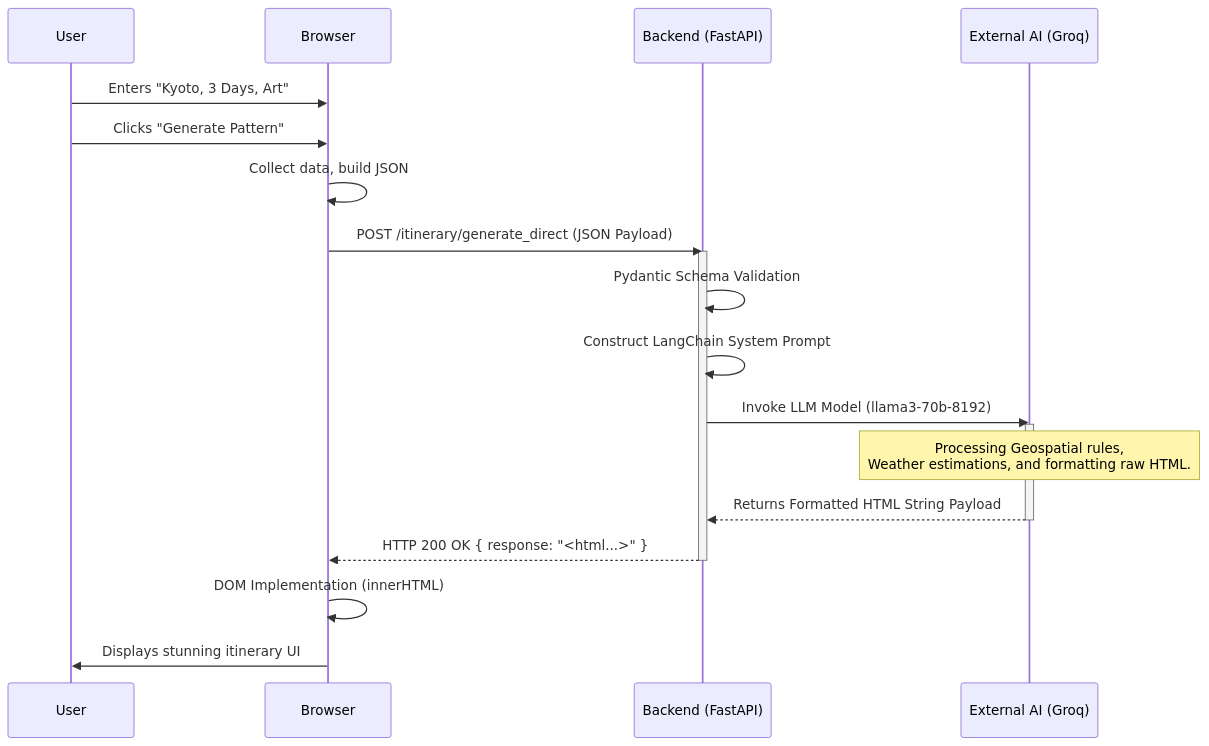
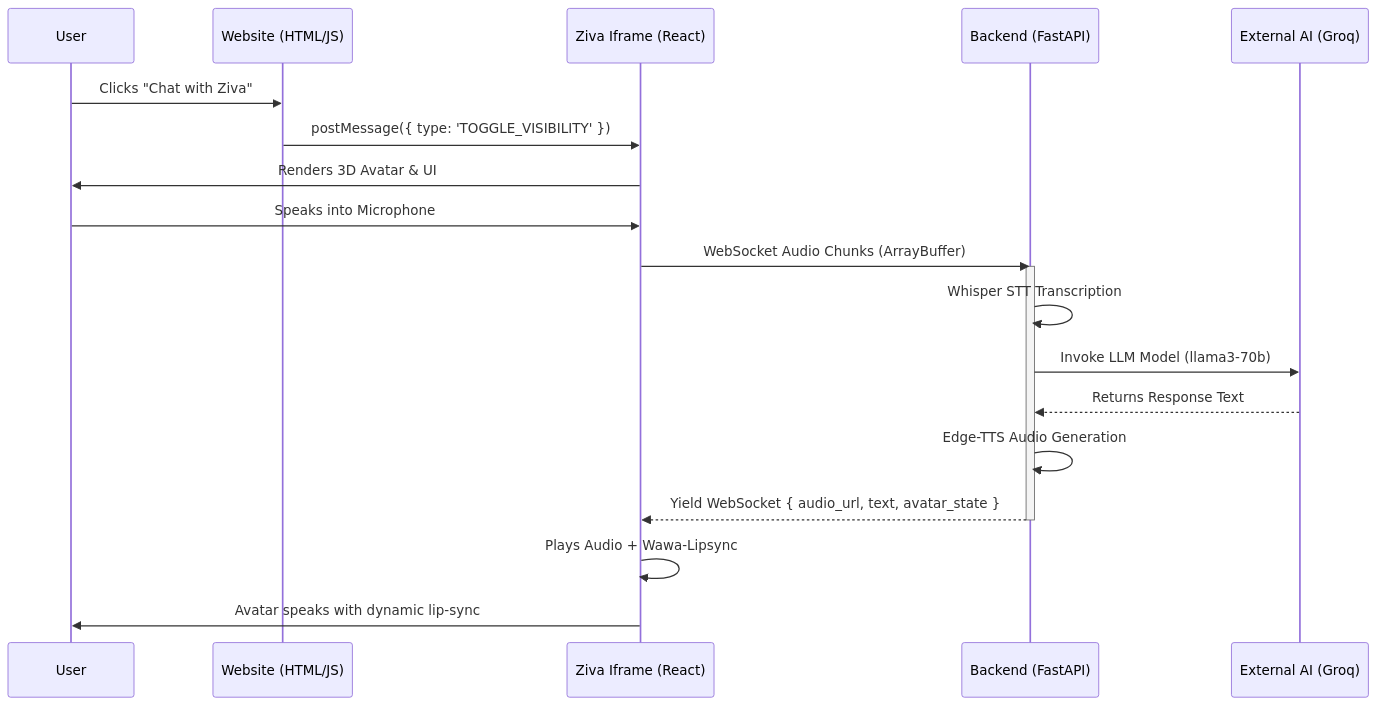
One commit to kaushaljindall/YatraSathi changed the diagram in README.md. Above: the diagram before and after it, drawn with Mermaid. The commit also changed other lines of this file and 54 other files, not shown here.

Commit message:
react chatbot add

````diff
--- a/README.md
+++ b/README.md
@@ -21,28 +28,25 @@
 ```mermaid
 sequenceDiagram
     participant User
-    participant Browser
+    participant HTMLWebsite as Website (HTML/JS)
+    participant ReactChatbot as Ziva Iframe (React)
     participant FastAPI as Backend (FastAPI)
     participant GroqLLM as External AI (Groq)
 
-    User->>Browser: Enters "Kyoto, 3 Days, Art"
-    User->>Browser: Clicks "Generate Pattern"
-    Browser->>Browser: Collect data, build JSON
-    Browser->>FastAPI: POST /itinerary/generate_direct (JSON Payload)
+    User->>HTMLWebsite: Clicks "Chat with Ziva"
+    HTMLWebsite->>ReactChatbot: postMessage({ type: 'TOGGLE_VISIBILITY' })
+    ReactChatbot->>User: Renders 3D Avatar & UI
+    User->>ReactChatbot: Speaks into Microphone
+    ReactChatbot->>FastAPI: WebSocket Audio Chunks (ArrayBuffer)
     
     activate FastAPI
-    FastAPI->>FastAPI: Pydantic Schema Validation
-    FastAPI->>FastAPI: Construct LangChain System Prompt
-    FastAPI->>GroqLLM: Invoke LLM Model (llama3-70b-8192)
-    
-    activate GroqLLM
-    Note over GroqLLM: Processing Geospatial rules,<br/>Weather estimations, and formatting raw HTML.
-    GroqLLM-->>FastAPI: Returns Formatted HTML String Payload
-    deactivate GroqLLM
-    
-    FastAPI-->>Browser: HTTP 200 OK { response: "<html...>" }
+    FastAPI->>FastAPI: Whisper STT Transcription
+    FastAPI->>GroqLLM: Invoke LLM Model (llama3-70b)
+    GroqLLM-->>FastAPI: Returns Response Text
+    FastAPI->>FastAPI: Edge-TTS Audio Generation
+    FastAPI-->>ReactChatbot: Yield WebSocket { audio_url, text, avatar_state }
     deactivate FastAPI
     
-    Browser->>Browser: DOM Implementation (innerHTML)
-    Browser->>User: Displays stunning itinerary UI
+    ReactChatbot->>ReactChatbot: Plays Audio + Wawa-Lipsync
+    ReactChatbot->>User: Avatar speaks with dynamic lip-sync
 ```
````
